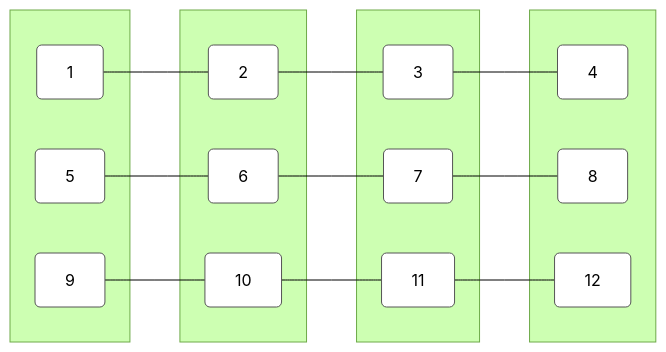
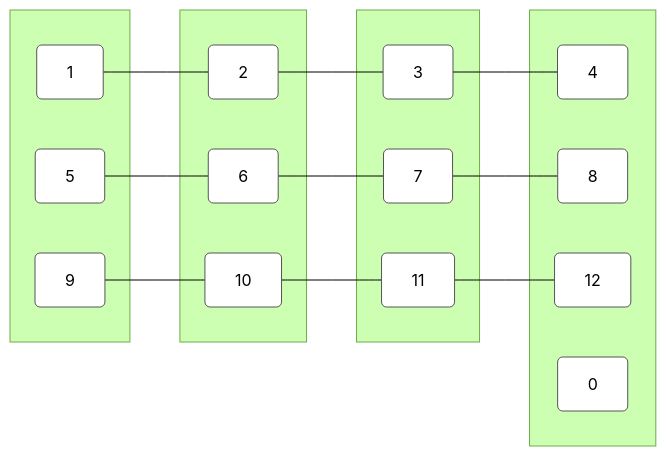
Before and after one commit to athena-tircgo/amr-lsj: the second of 2 diagrams in README.md, drawn with Mermaid (forest theme).

````diff
--- a/README.md
+++ b/README.md
@@ -50,38 +50,39 @@
 ```mermaid
 graph LR
     %% 樣式設定
     classDef node fill:#fff,stroke:#555,stroke-width:1px,rx:5,ry:5;
 
     %% 第一欄
     subgraph col1[ ]
         A1[1]:::node
         A2[5]:::node
         A3[9]:::node
     end
 
     %% 第二欄
     subgraph col2[ ]
         A4[2]:::node
         A5[6]:::node
         A6[10]:::node
     end
 
     %% 第三欄
     subgraph col3[ ]
         A7[3]:::node
         A8[7]:::node
         A9[11]:::node
     end
 
     %% 第四欄
     subgraph col4[ ]
         A10[4]:::node
         A11[8]:::node
         A12[12]:::node
+        A13[0]:::node
     end
 
     %% 橫向連線
     A1 --- A4 --- A7 --- A10
     A2 --- A5 --- A8 --- A11
     A3 --- A6 --- A9 --- A12
 ```
````
